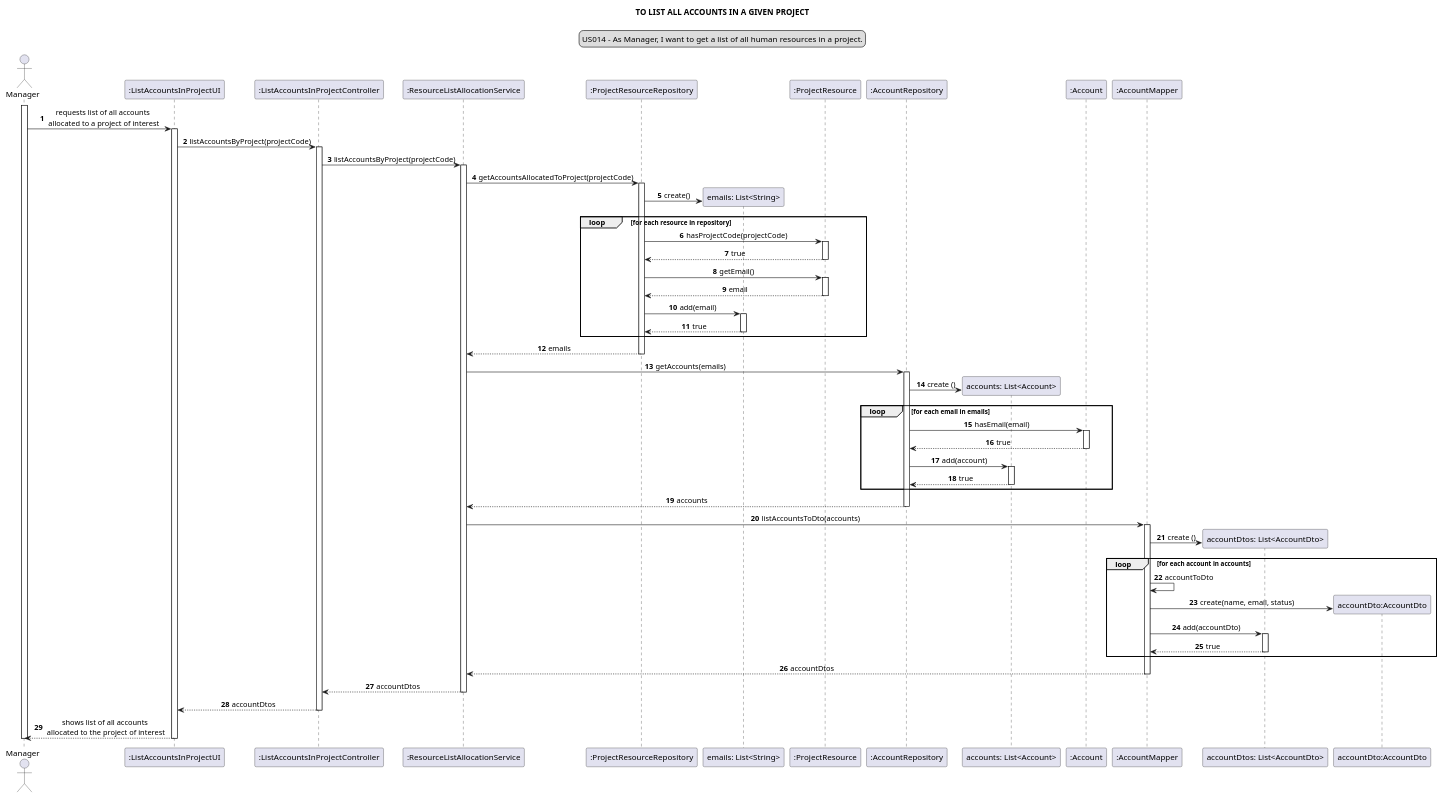
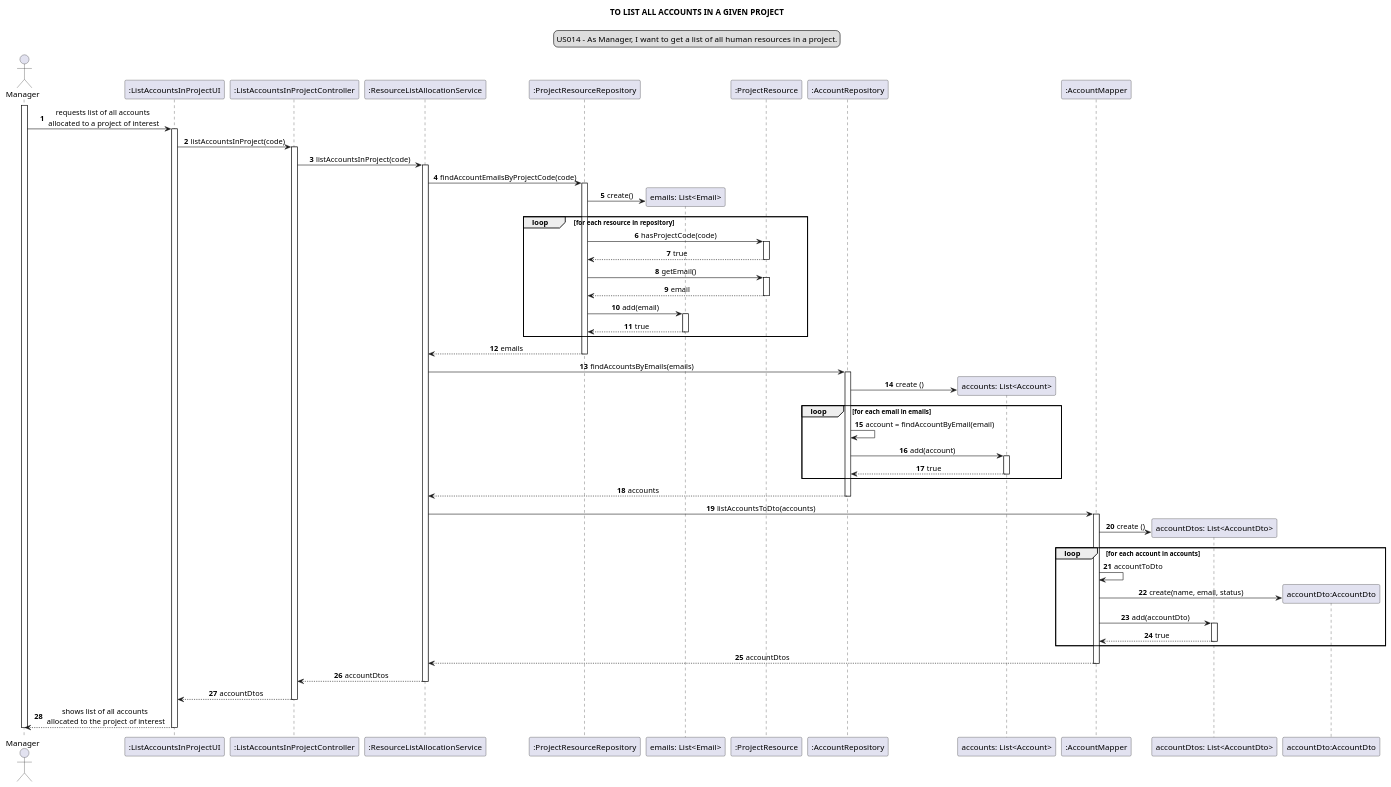
The diagram in docs/modelling_design/user_stories/sprint02/us014/US014_sequenceDiagram_ddd.puml (Loracline/project_switch_22-23), drawn with PlantUML before and after one commit. The commit also changed 1 other file, not shown here.

Commit message:
US014: Design: Finished sequence and class diagram (refactored to DDD). Closes #435.

```diff
--- a/docs/modelling_design/user_stories/sprint02/us014/US014_sequenceDiagram_ddd.puml
+++ b/docs/modelling_design/user_stories/sprint02/us014/US014_sequenceDiagram_ddd.puml
@@ -1,91 +1,87 @@
 @startuml
 
 skinparam sequenceMessageAlign center
 title TO LIST ALL ACCOUNTS IN A GIVEN PROJECT
 legend top
 US014 - As Manager, I want to get a list of all human resources in a project.
 end legend
 autonumber
 actor Manager
 
 participant ":ListAccountsInProjectUI" as ui
 participant ":ListAccountsInProjectController" as controller
 participant ":ResourceListAllocationService" as service
 participant ":ProjectResourceRepository" as resourceRepo
-participant "emails: List<String>" as emailList
+participant "emails: List<Email>" as emailList
 participant ":ProjectResource" as resource
 participant ":AccountRepository" as accountRepo
 participant "accounts: List<Account>" as list
-participant ":Account" as account
 participant ":AccountMapper" as mapper
 participant "accountDtos: List<AccountDto>" as dtoList
 participant "accountDto:AccountDto" as dto
 
 
 activate Manager
 Manager -> ui: requests list of all accounts\n allocated to a project of interest
 activate ui
-ui -> controller: listAccountsByProject(projectCode)
+ui -> controller: listAccountsInProject(code)
 activate controller
-controller -> service: listAccountsByProject(projectCode)
+controller -> service: listAccountsInProject(code)
 activate service
-service -> resourceRepo: getAccountsAllocatedToProject(projectCode)
+service -> resourceRepo: findAccountEmailsByProjectCode(code)
 activate resourceRepo
 create emailList
 resourceRepo -> emailList: create()
 loop for each resource in repository
-resourceRepo -> resource: hasProjectCode(projectCode)
+resourceRepo -> resource: hasProjectCode(code)
 activate resource
 resource --> resourceRepo: true
 deactivate
 resourceRepo -> resource: getEmail()
 activate resource
 resource --> resourceRepo: email
 deactivate
 resourceRepo -> emailList: add(email)
 activate emailList
 emailList --> resourceRepo: true
 deactivate
 end loop
 service <-- resourceRepo:  emails
 deactivate resourceRepo
-service -> accountRepo: getAccounts(emails)
+service -> accountRepo: findAccountsByEmails(emails)
 activate accountRepo
 create list
 accountRepo -> list: create ()
 loop for each email in emails
-accountRepo -> account: hasEmail(email)
-activate account
-account --> accountRepo: true
-deactivate account
+accountRepo -> accountRepo: account = findAccountByEmail(email)
 accountRepo -> list: add(account)
 activate list
 list --> accountRepo: true
 deactivate
 end loop
 accountRepo --> service: accounts
 deactivate accountRepo
 service -> mapper: listAccountsToDto(accounts)
 activate mapper
 create dtoList
 mapper -> dtoList: create ()
 loop for each account in accounts
 mapper -> mapper: accountToDto
 create dto
 mapper -> dto: create(name, email, status)
 mapper -> dtoList: add(accountDto)
 activate dtoList
 dtoList --> mapper: true
 deactivate
 end loop
 mapper --> service: accountDtos
 deactivate mapper
 service --> controller: accountDtos
 deactivate service
 controller --> ui: accountDtos
 deactivate controller
 ui --> Manager: shows list of all accounts\n allocated to the project of interest
 deactivate ui
 deactivate Manager
 
 @enduml
```
